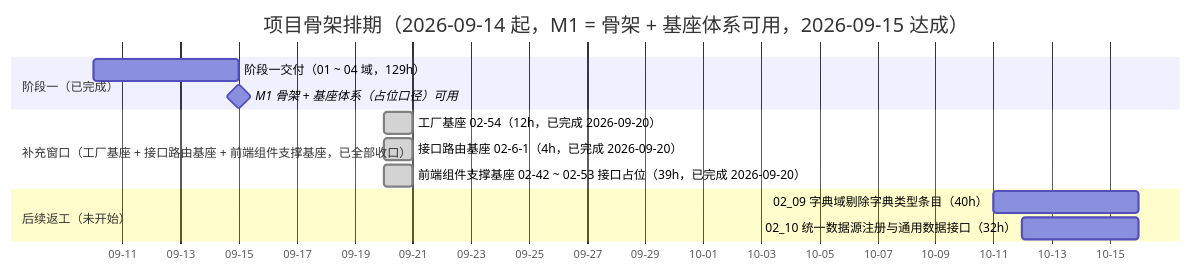
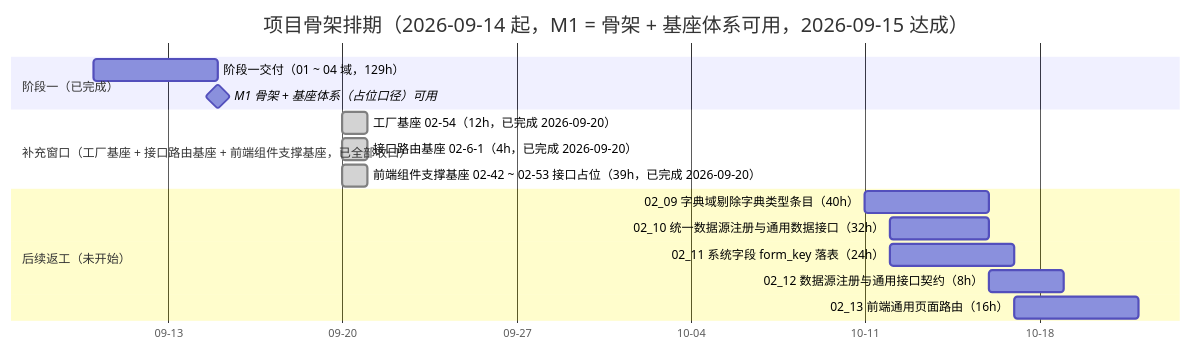
The diagram in bms文档/项目/01_项目骨架/计划/01_计划_项目骨架.md (minjian123/basic-management-system), drawn with Mermaid before and after one commit. The commit also changed other lines of this file and 5 other files, not shown here.

````diff
--- a/bms文档/项目/01_项目骨架/计划/01_计划_项目骨架.md
+++ b/bms文档/项目/01_项目骨架/计划/01_计划_项目骨架.md
@@ -154,16 +157,19 @@
 ```mermaid
 gantt
     title 项目骨架排期（2026-09-14 起，M1 = 骨架 + 基座体系可用，2026-09-15 达成）
     dateFormat  YYYY-MM-DD
     axisFormat %m-%d
     section 阶段一（已完成）
     阶段一交付（01 ~ 04 域，129h） :done1, 2026-09-10, 2026-09-15
     M1 骨架 + 基座体系（占位口径）可用 :milestone, m1, 2026-09-15, 0d
     section 补充窗口（工厂基座 + 接口路由基座 + 前端组件支撑基座，已全部收口）
     工厂基座 02-54（12h，已完成 2026-09-20） :done, fac, 2026-09-20, 1d
     接口路由基座 02-6-1（4h，已完成 2026-09-20） :done, route, 2026-09-20, 1d
     前端组件支撑基座 02-42 ~ 02-53 接口占位（39h，已完成 2026-09-20） :done, supp, 2026-09-20, 1d
     section 后续返工（未开始）
     02_09 字典域剔除字典类型条目（40h） :d09, 2026-10-11, 2026-10-16
     02_10 统一数据源注册与通用数据接口（32h） :d10, 2026-10-12, 2026-10-16
+    02_11 系统字段 form_key 落表（24h） :d11, 2026-10-12, 2026-10-17
+    02_12 数据源注册与通用接口契约（8h） :d12, 2026-10-16, 2026-10-19
+    02_13 前端通用页面路由（16h） :d13, 2026-10-17, 2026-10-22
 ```
````
